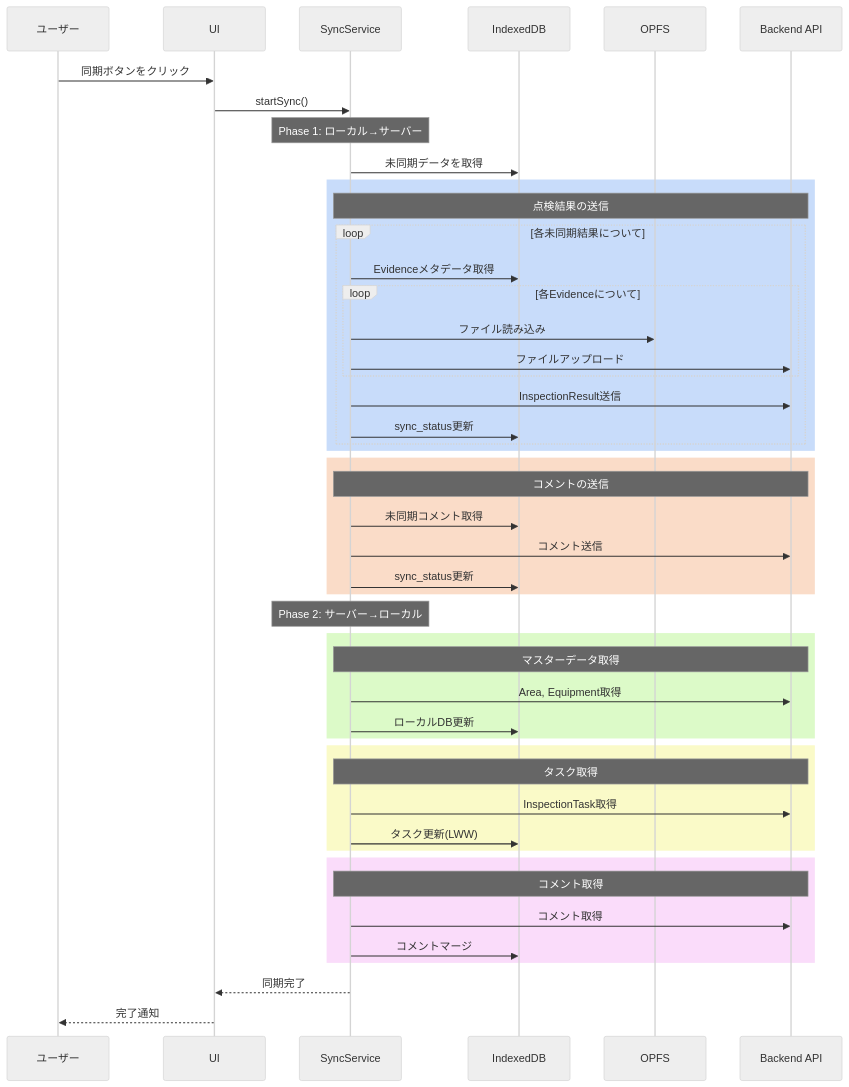
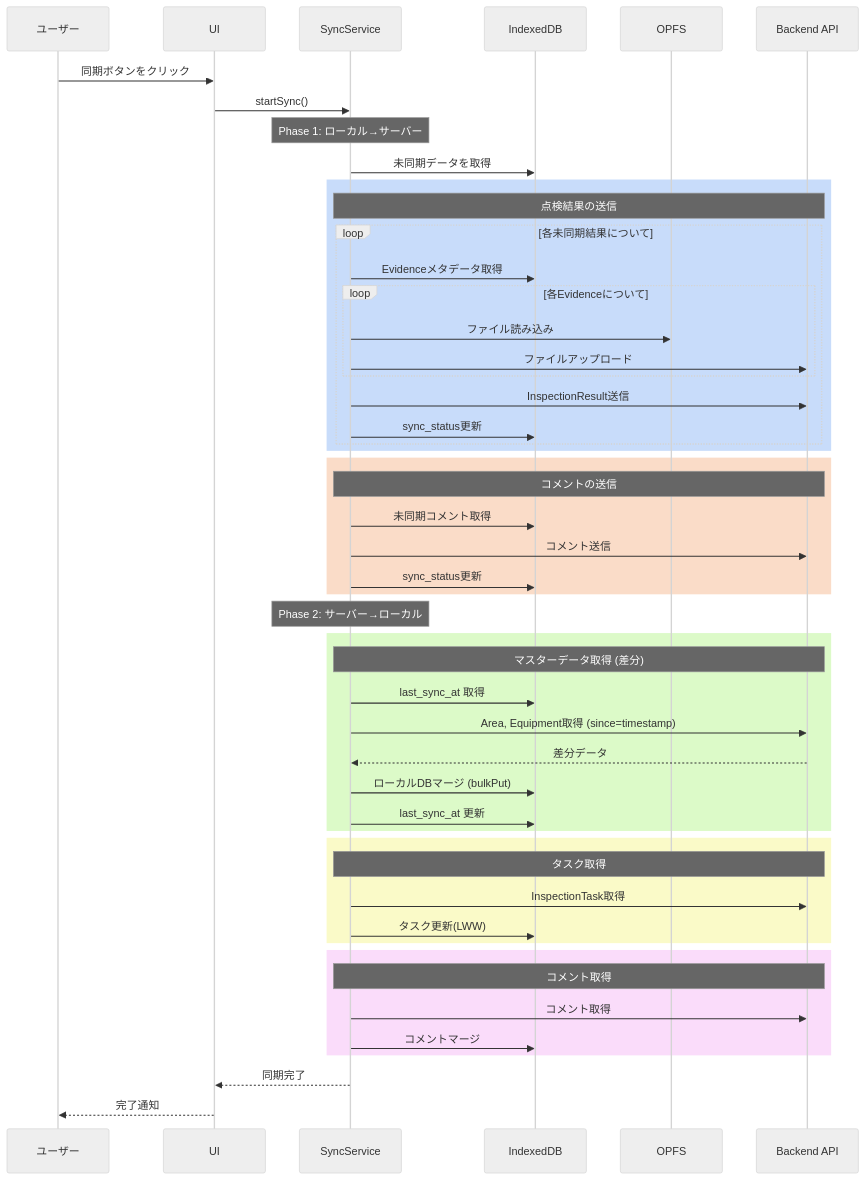
The diagram in frontend/SYNC_LOGIC.md (funayamateppei/local_bridge), drawn with Mermaid (neutral theme) before and after one commit. The commit also changed other lines of this file and 2 other files, not shown here.

````diff
--- a/frontend/SYNC_LOGIC.md
+++ b/frontend/SYNC_LOGIC.md
@@ -26,58 +26,61 @@
 ```mermaid
 sequenceDiagram
     participant User as ユーザー
     participant UI
     participant SyncService
     participant LocalDB as IndexedDB
     participant OPFS
     participant API as Backend API
 
     User->>UI: 同期ボタンをクリック
     UI->>SyncService: startSync()
 
     Note over SyncService: Phase 1: ローカル→サーバー
     SyncService->>LocalDB: 未同期データを取得
 
     rect rgb(200, 220, 250)
         Note over SyncService,API: 点検結果の送信
         loop 各未同期結果について
             SyncService->>LocalDB: Evidenceメタデータ取得
             loop 各Evidenceについて
                 SyncService->>OPFS: ファイル読み込み
                 SyncService->>API: ファイルアップロード
             end
             SyncService->>API: InspectionResult送信
             SyncService->>LocalDB: sync_status更新
         end
     end
 
     rect rgb(250, 220, 200)
         Note over SyncService,API: コメントの送信
         SyncService->>LocalDB: 未同期コメント取得
         SyncService->>API: コメント送信
         SyncService->>LocalDB: sync_status更新
     end
 
     Note over SyncService: Phase 2: サーバー→ローカル
 
     rect rgb(220, 250, 200)
-        Note over SyncService,API: マスターデータ取得
-        SyncService->>API: Area, Equipment取得
-        SyncService->>LocalDB: ローカルDB更新
+        Note over SyncService,API: マスターデータ取得 (差分)
+        SyncService->>LocalDB: last_sync_at 取得
+        SyncService->>API: Area, Equipment取得 (since=timestamp)
+        API-->>SyncService: 差分データ
+        SyncService->>LocalDB: ローカルDBマージ (bulkPut)
+        SyncService->>LocalDB: last_sync_at 更新
     end
 
     rect rgb(250, 250, 200)
         Note over SyncService,API: タスク取得
         SyncService->>API: InspectionTask取得
         SyncService->>LocalDB: タスク更新(LWW)
     end
 
     rect rgb(250, 220, 250)
         Note over SyncService,API: コメント取得
         SyncService->>API: コメント取得
         SyncService->>LocalDB: コメントマージ
     end
 
     SyncService-->>UI: 同期完了
     UI-->>User: 完了通知
 ```
````
